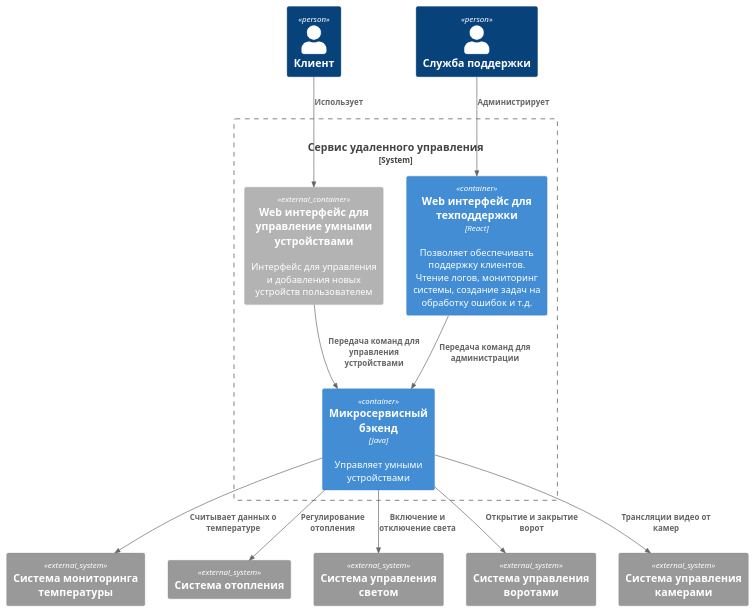
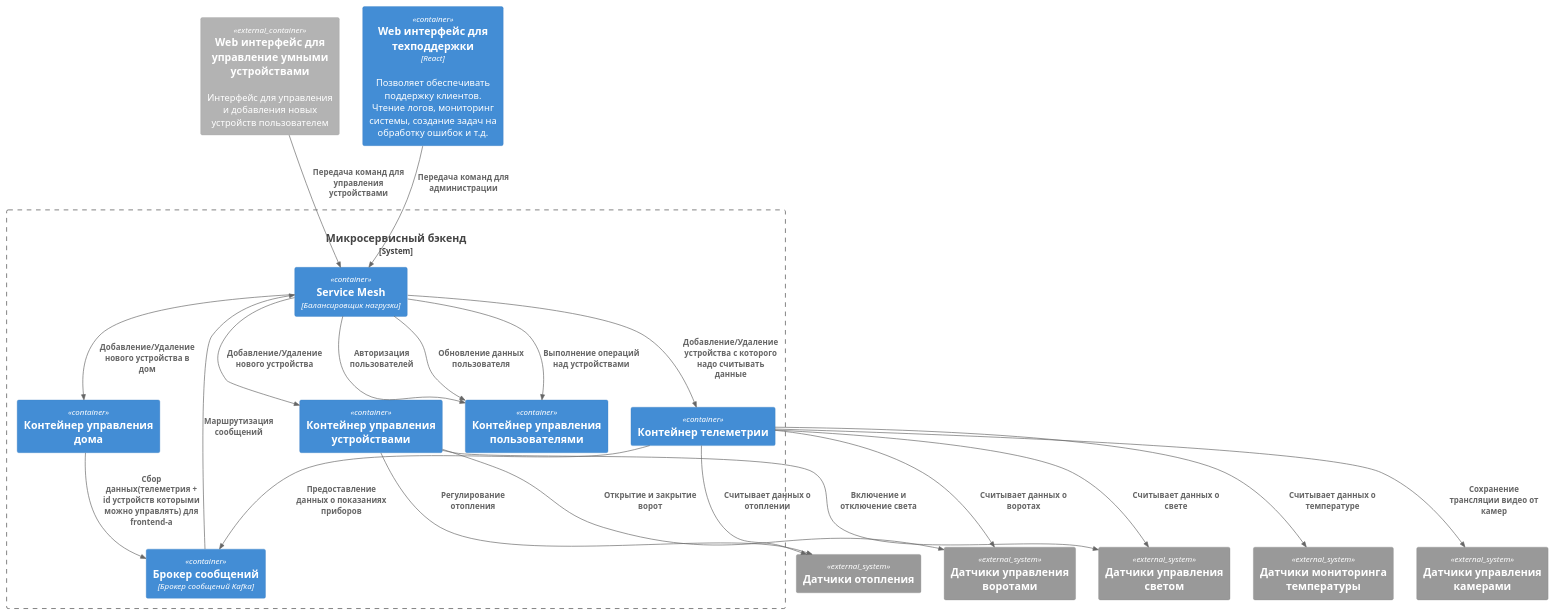
The diagram in docs/container_to_be.plantuml (BlackDEK/architecture-sprint-3), drawn with PlantUML before and after one commit.

Commit message:
- Переделал диаграмму контейнеров.

```diff
--- a/docs/container_to_be.plantuml
+++ b/docs/container_to_be.plantuml
@@ -1,27 +1,46 @@
 @startuml
 !include <C4/C4_Container>
 
-Person(client, "Клиент", "")
-Person(admin, "Служба поддержки", "")
-System_Ext(sensor1, "Система мониторинга температуры")
-System_Ext(sensor2, "Система отопления")
-System_Ext(sensor3, "Система управления светом")
-System_Ext(sensor4, "Система управления воротами")
-System_Ext(sensor5, "Система управления камерами")
-System_Boundary(service, "Сервис удаленного управления", "Набор микросервисов управляющий умными устройствами") {
-    Container_Ext(frontend, "Web интерфейс для управление умными устройствами", "", "Интерфейс для управления и добавления новых устройств пользователем")
-    Container(admin_frontend, "Web интерфейс для техподдержки", "React", "Позволяет обеспечивать поддержку клиентов. Чтение логов, мониторинг системы, создание задач на обработку ошибок и т.д.")
-    Container(backend, "Микросервисный бэкенд", "Java", "Управляет умными устройствами")
+System_Boundary(backend, "Микросервисный бэкенд", "Управляет умными устройствами") {   
+    Container(service_mesh, "Service Mesh", "Балансировщик нагрузки")   
+    Container(broker, "Брокер сообщений", "Брокер сообщений Kafka")
+    
+    Container(device_manager, "Контейнер управления устройствами")
+    Container(telemetry_manager, "Контейнер телеметрии")
+    Container(house_manager, "Контейнер управления дома")
+    Container(user_manager, "Контейнер управления пользователями") 
 }
+Container_Ext(frontend, "Web интерфейс для управление умными устройствами", "", "Интерфейс для управления и добавления новых устройств пользователем")
+Container(admin_frontend, "Web интерфейс для техподдержки", "React", "Позволяет обеспечивать поддержку клиентов. Чтение логов, мониторинг системы, создание задач на обработку ошибок и т.д.")
+System_Ext(sensor1, "Датчики мониторинга температуры")
+System_Ext(sensor2, "Датчики отопления")
+System_Ext(sensor3, "Датчики управления светом")
+System_Ext(sensor4, "Датчики управления воротами")
+System_Ext(sensor5, "Датчики управления камерами")
 
-Rel(client, frontend, "Использует")
-Rel(admin, admin_frontend, "Администрирует")
-Rel(backend, sensor1, "Считывает данных о температуре")
-Rel(backend, sensor2, "Регулирование отопления")
-Rel(backend, sensor3, "Включение и отключение света")
-Rel(backend, sensor4, "Открытие и закрытие ворот")
-Rel(backend, sensor5, "Трансляции видео от камер")
-Rel(frontend, backend, "Передача команд для управления устройствами")
-Rel(admin_frontend, backend, "Передача команд для администрации")
+Rel(broker, service_mesh, "Маршрутизация сообщений")
+Rel(frontend, service_mesh, "Передача команд для управления устройствами")
+Rel(admin_frontend, service_mesh, "Передача команд для администрации")
+
+Rel(service_mesh, user_manager, "Выполнение операций над устройствами")
+Rel(service_mesh, device_manager, "Добавление/Удаление нового устройства")
+Rel(device_manager, sensor2, "Регулирование отопления")
+Rel(device_manager, sensor3, "Включение и отключение света")
+Rel(device_manager, sensor4, "Открытие и закрытие ворот")
+
+Rel(service_mesh, telemetry_manager, "Добавление/Удаление устройства с которого надо считывать данные")
+Rel(telemetry_manager, sensor1, "Считывает данных о температуре")
+Rel(telemetry_manager, sensor2, "Считывает данных о отоплении")
+Rel(telemetry_manager, sensor3, "Считывает данных о свете")
+Rel(telemetry_manager, sensor4, "Считывает данных о воротах")
+Rel(telemetry_manager, sensor5, "Сохранение трансляции видео от камер")
+Rel(telemetry_manager, broker, "Предоставление данных о показаниях приборов")
+
+Rel(service_mesh, house_manager, "Добавление/Удаление нового устройства в дом")
+Rel(house_manager, broker, "Сбор данных(телеметрия + id устройств которыми можно управлять) для frontend-а")
+
+Rel(service_mesh, user_manager, "Авторизация пользователей")
+Rel(service_mesh, user_manager, "Обновление данных пользователя")
+
 
 @enduml
```
